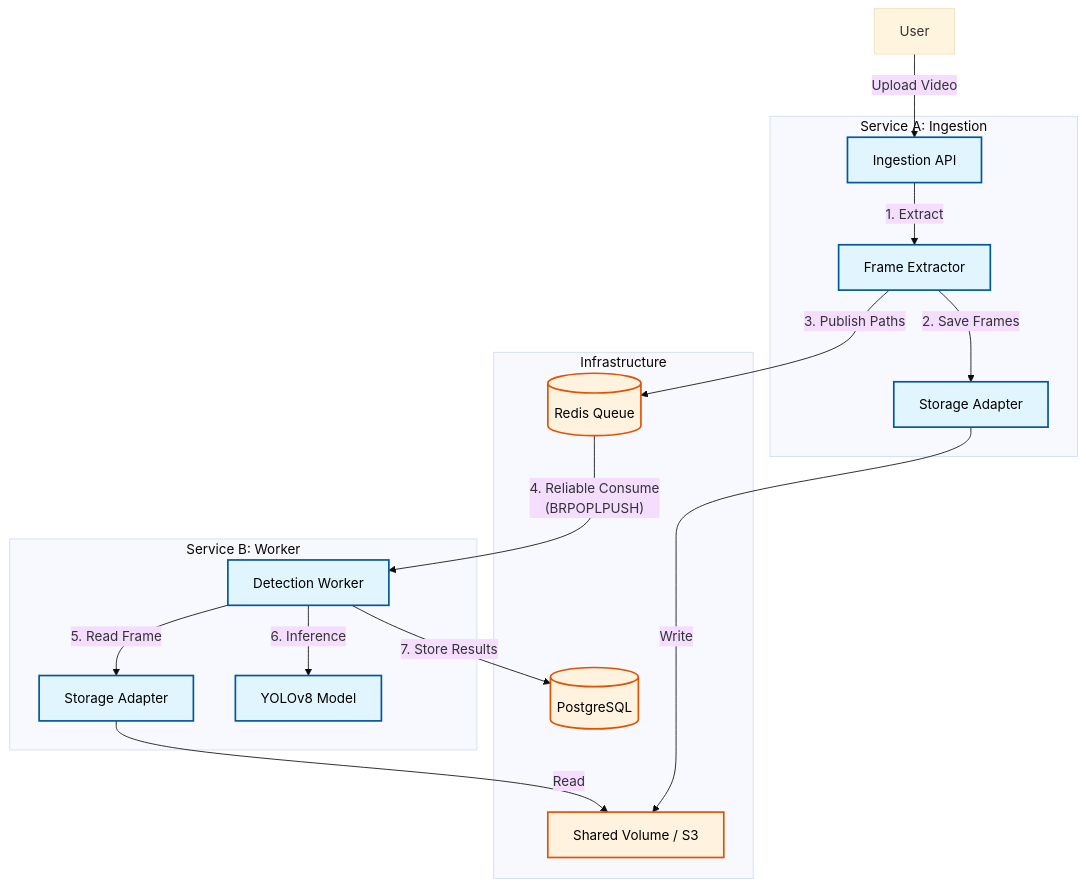
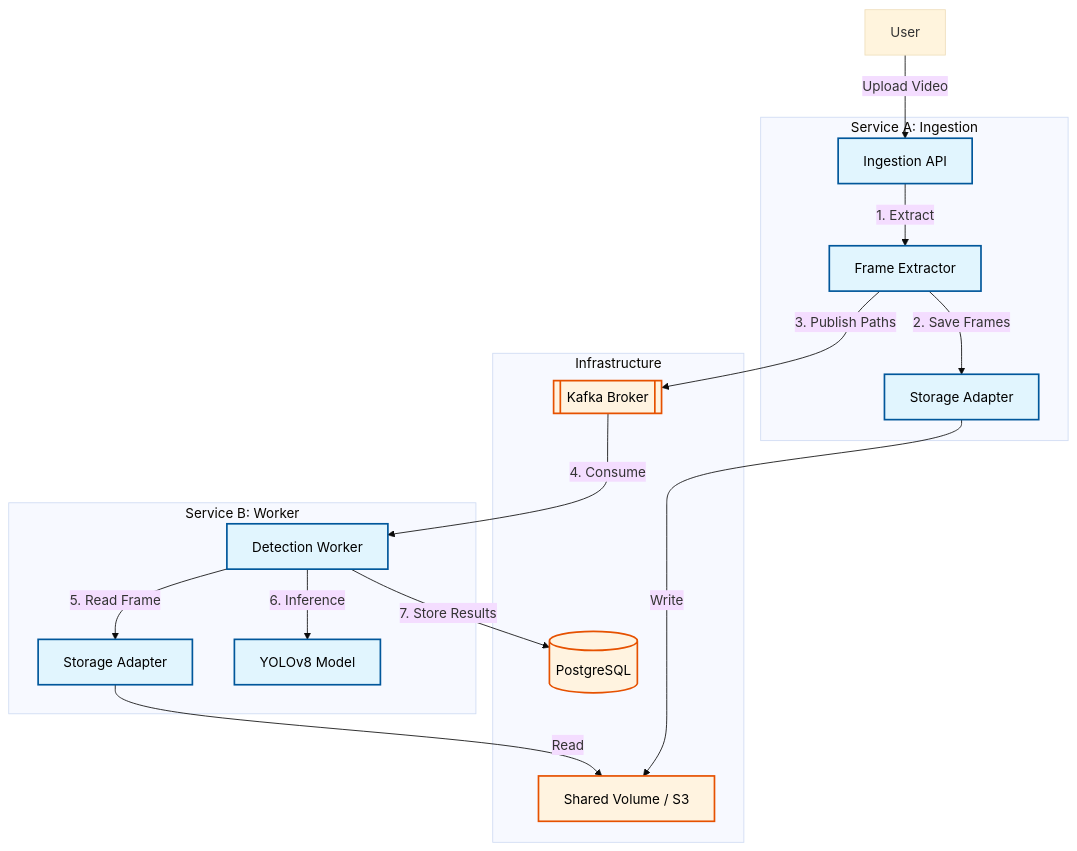
Before and after one commit to NoamB/video-object-detector: the diagram in ARCHITECTURE.md, drawn with Mermaid (base theme). The commit also changed other lines of this file and 6 other files, not shown here.

Commit message:
Moved from Redis to Kafka

````diff
--- a/ARCHITECTURE.md
+++ b/ARCHITECTURE.md
@@ -13,38 +13,38 @@
 ```mermaid
 graph TD
     %% Styling for readability via high contrast
     classDef service fill:#e1f5fe,stroke:#01579b,stroke-width:2px,color:#000;
     classDef storage fill:#fff3e0,stroke:#e65100,stroke-width:2px,color:#000;
     
     User[User] -- Upload Video --> API
     
     subgraph "Service A: Ingestion"
         API[Ingestion API]:::service
         Extractor[Frame Extractor]:::service
         AdapterA[Storage Adapter]:::service
     end
 
     subgraph "Service B: Worker"
         Worker[Detection Worker]:::service
         AdapterB[Storage Adapter]:::service
         Model[YOLOv8 Model]:::service
     end
 
     subgraph "Infrastructure"
         Vol[Shared Volume / S3]:::storage
-        Redis[(Redis Queue)]:::storage
+        Kafka[[Kafka Broker]]:::storage
         DB[(PostgreSQL)]:::storage
     end
 
     %% Flows
     API -- 1. Extract --> Extractor
     Extractor -- 2. Save Frames --> AdapterA
     AdapterA -- Write --> Vol
-    Extractor -- 3. Publish Paths --> Redis
+    Extractor -- 3. Publish Paths --> Kafka
     
-    Redis -- 4. Reliable Consume <br>(BRPOPLPUSH) --> Worker
+    Kafka -- 4. Consume --> Worker
     Worker -- 5. Read Frame --> AdapterB
     AdapterB -- Read --> Vol
     Worker -- 6. Inference --> Model
     Worker -- 7. Store Results --> DB
 ```
````
